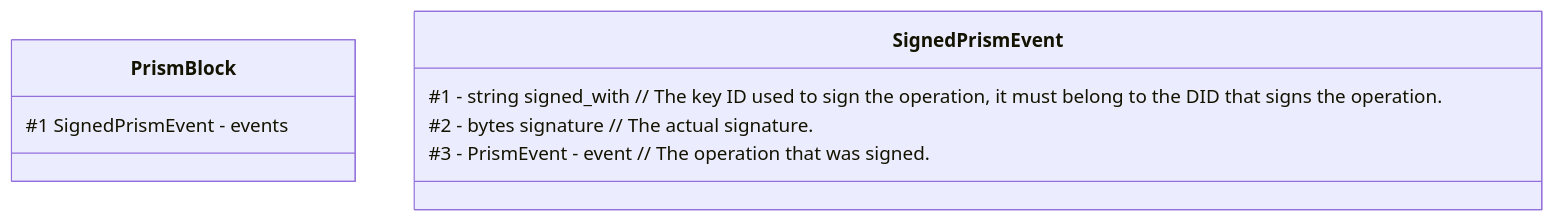
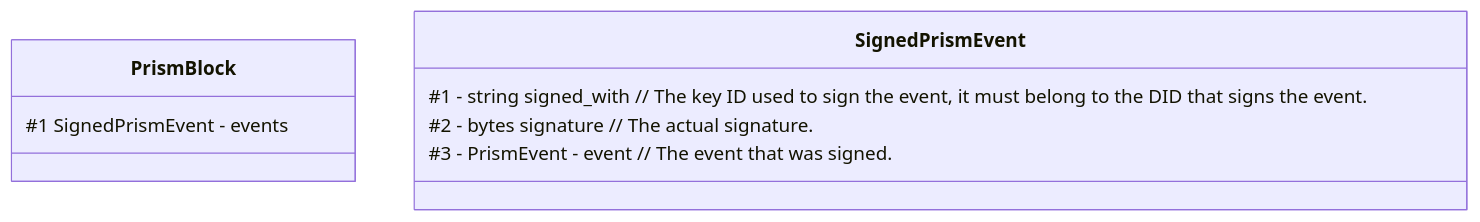
The third of 8 diagrams in prism-vdr-specification.md (hyperledger-identus/prism-vdr-driver), drawn with Mermaid before and after one commit. The commit also changed other lines of this file, not shown here.

````diff
--- a/prism-vdr-specification.md
+++ b/prism-vdr-specification.md
@@ -292,12 +310,12 @@
 ```mermaid
 classDiagram
 
 class PrismBlock
 PrismBlock : #1 SignedPrismEvent - events
 
 class SignedPrismEvent
-SignedPrismEvent : #1 - string signed_with // The key ID used to sign the operation, it must belong to the DID that signs the operation.
+SignedPrismEvent : #1 - string signed_with // The key ID used to sign the event, it must belong to the DID that signs the event.
 SignedPrismEvent : #2 - bytes signature // The actual signature.
-SignedPrismEvent : #3 - PrismEvent - event // The operation that was signed.
+SignedPrismEvent : #3 - PrismEvent - event // The event that was signed.
 
 ```
````
